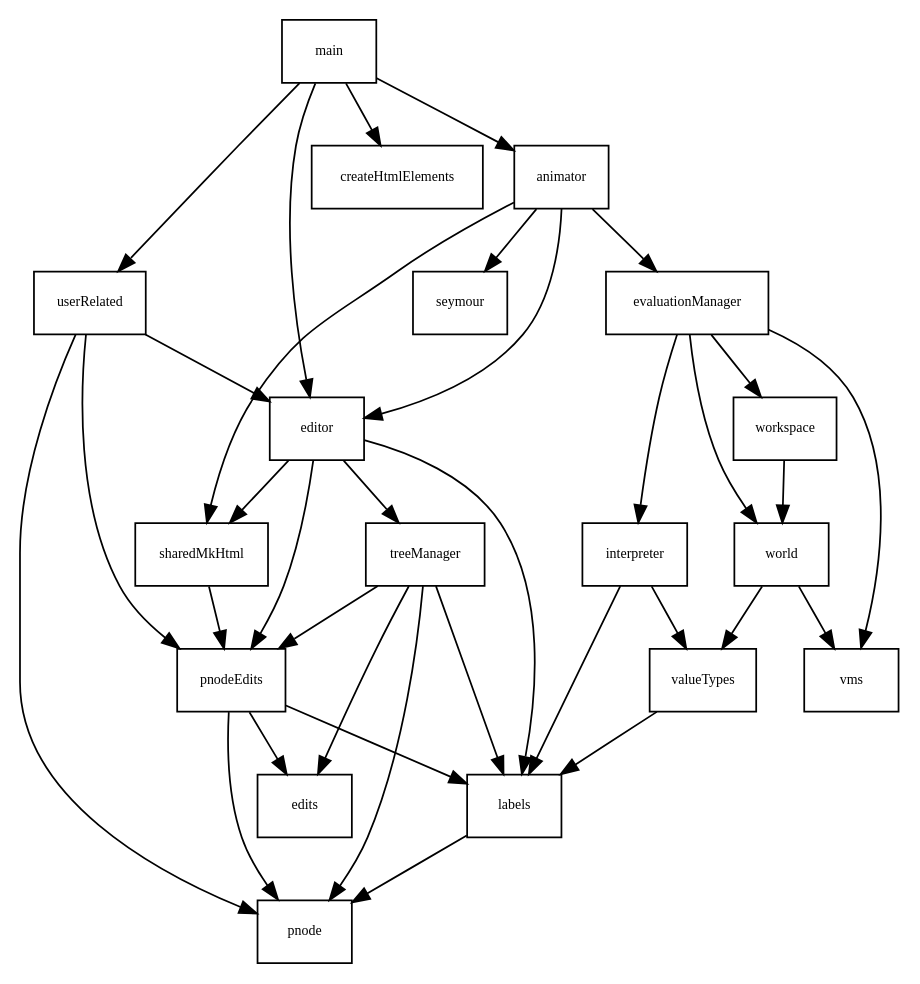
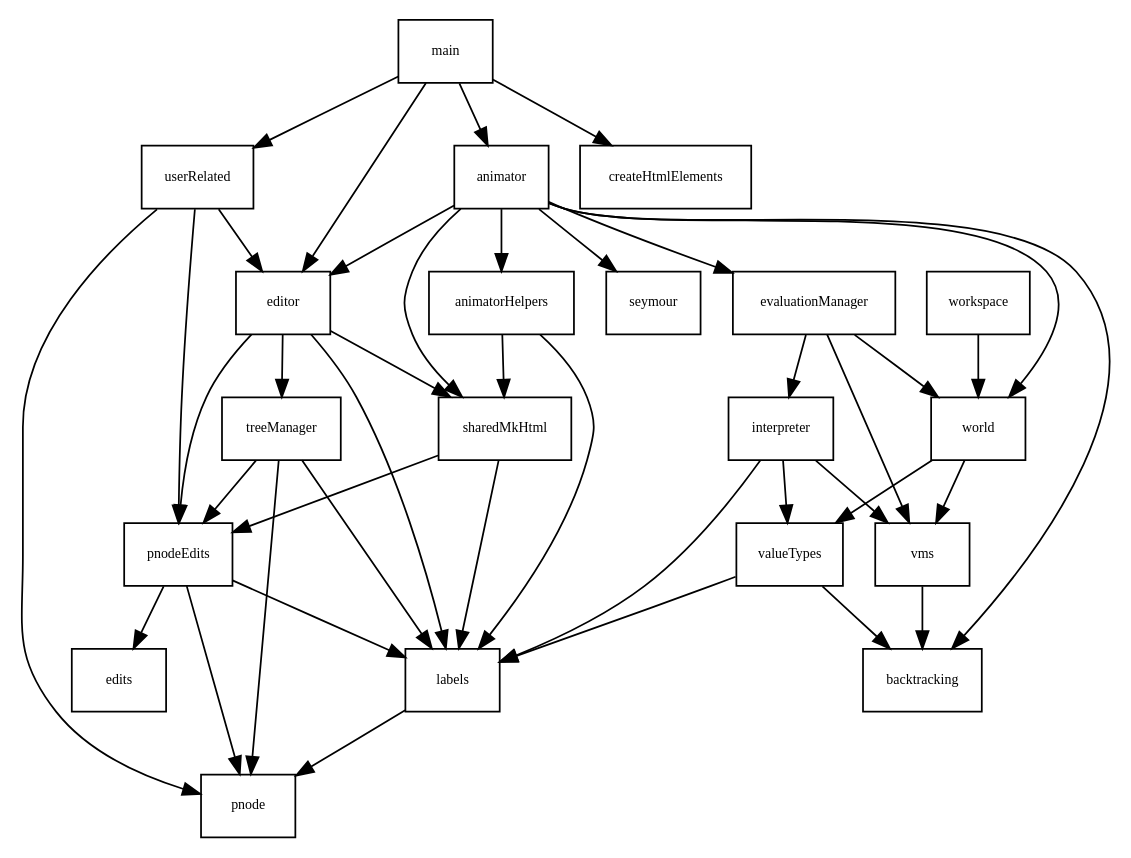
The diagram in typescriptSrc/dependence-js.gv (theodore-norvell/PLAAY), drawn with Graphviz before and after one commit. The commit also changed 14 other files, not shown here.

Commit message:
Tidying up imports and references and ensuring the graphvis files are up to date.

```diff
--- a/typescriptSrc/dependence-js.gv
+++ b/typescriptSrc/dependence-js.gv
@@ -1,52 +1,61 @@
 digraph Depends {
 
    gsize="8,6"; ratio=fill;
    node[fontsize=8, shape=rectangle];
 
+   animator -> animatorHelpers ;
+   animator -> backtracking ;
    animator -> editor ;
    animator -> evaluationManager ;
    animator -> seymour ;
    animator -> sharedMkHtml ;
+   animator -> world ;
+
+   animatorHelpers -> labels ;
+   animatorHelpers -> sharedMkHtml ;
 
    editor -> labels ;
    editor -> pnodeEdits ;
    editor -> sharedMkHtml ;
    editor -> treeManager ;
 
    evaluationManager -> interpreter ;
    evaluationManager -> vms ;
-   evaluationManager -> workspace ;
    evaluationManager -> world ;
 
    interpreter -> labels ;
    interpreter -> valueTypes ;
+   interpreter -> vms ;
    
    labels -> pnode
 
    main -> createHtmlElements ;
    main -> editor ;
    main -> animator ;
    main -> userRelated ;
 
    pnodeEdits -> edits ;
    pnodeEdits -> labels ;
    pnodeEdits -> pnode ;
 
    sharedMkHtml -> pnodeEdits ;
+   sharedMkHtml -> labels ;
 
-   treeManager -> edits ;
    treeManager -> labels ;
    treeManager -> pnode ;
    treeManager -> pnodeEdits ;
 
    userRelated -> editor ;
    userRelated -> pnodeEdits ;
    userRelated -> pnode ;
 
+   valueTypes -> backtracking ;
    valueTypes -> labels ;
 
+   vms -> backtracking ;
+   
    workspace -> world ;
 
    world -> valueTypes ;
    world -> vms ;
 }
```
